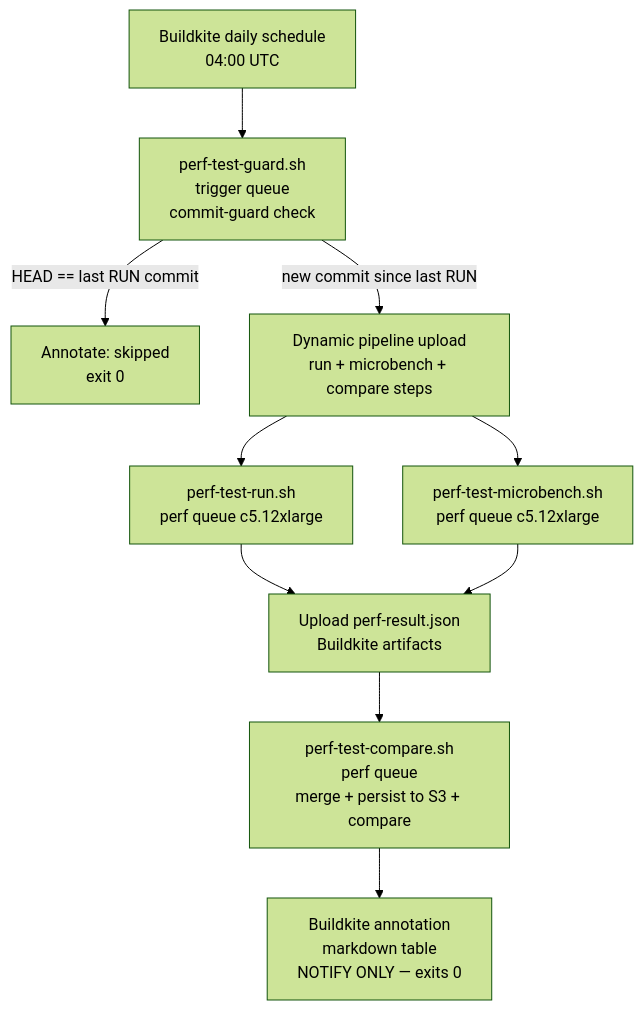
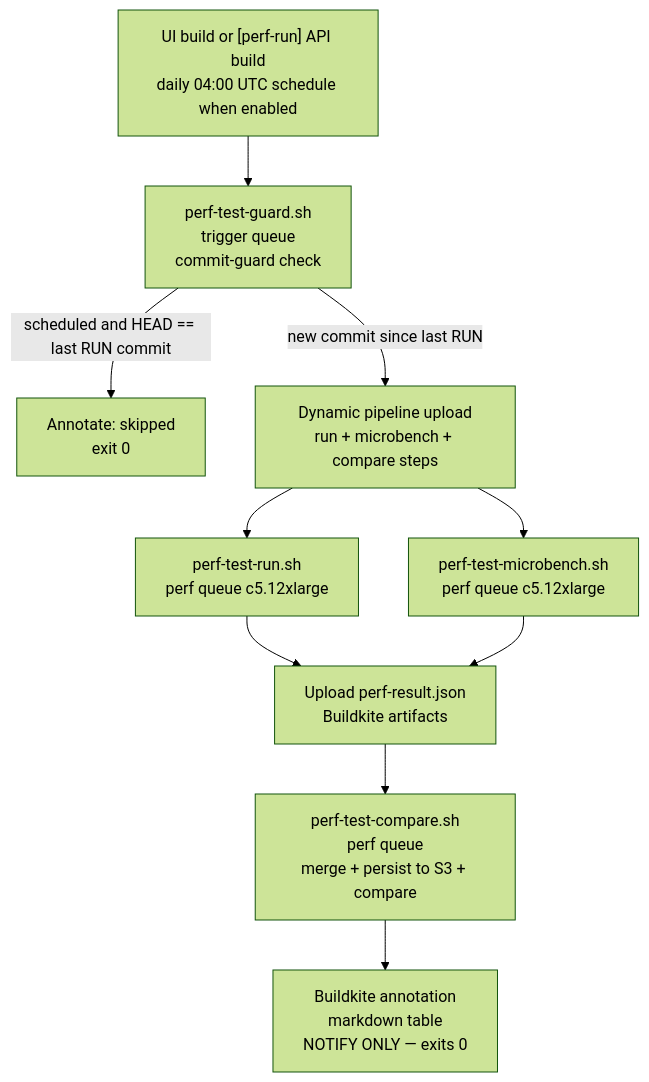
One commit to mock-server/mockserver-monorepo changed the first of 3 diagrams in docs/operations/performance-tuning.md. Above: the diagram before and after it, drawn with Mermaid (forest theme). The commit also changed other lines of this file and 16 other files, not shown here.

First line of the commit message:
ci(perf): run performance tests on demand only, and gate releases on a passing run

````diff
--- a/docs/operations/performance-tuning.md
+++ b/docs/operations/performance-tuning.md
@@ -93,24 +93,24 @@
 ```mermaid
 flowchart TD
-    SCHED["Buildkite daily schedule
-04:00 UTC"] --> GUARD["perf-test-guard.sh
+    SCHED["UI build or [perf-run] API build
+daily 04:00 UTC schedule when enabled"] --> GUARD["perf-test-guard.sh
 trigger queue
 commit-guard check"]
-    GUARD -->|"HEAD == last RUN commit"| SKIP["Annotate: skipped
+    GUARD -->|"scheduled and HEAD == last RUN commit"| SKIP["Annotate: skipped
 exit 0"]
     GUARD -->|"new commit since last RUN"| UPLOAD["Dynamic pipeline upload
 run + microbench + compare steps"]
     UPLOAD --> RUN["perf-test-run.sh
 perf queue  c5.12xlarge"]
     UPLOAD --> MICRO["perf-test-microbench.sh
 perf queue  c5.12xlarge"]
     RUN --> ARTIFACTS["Upload perf-result.json
 Buildkite artifacts"]
     MICRO --> ARTIFACTS
     ARTIFACTS --> COMPARE["perf-test-compare.sh
 perf queue
 merge + persist to S3 + compare"]
     COMPARE --> ANNOTATE["Buildkite annotation
 markdown table
 NOTIFY ONLY — exits 0"]
 ```
````
